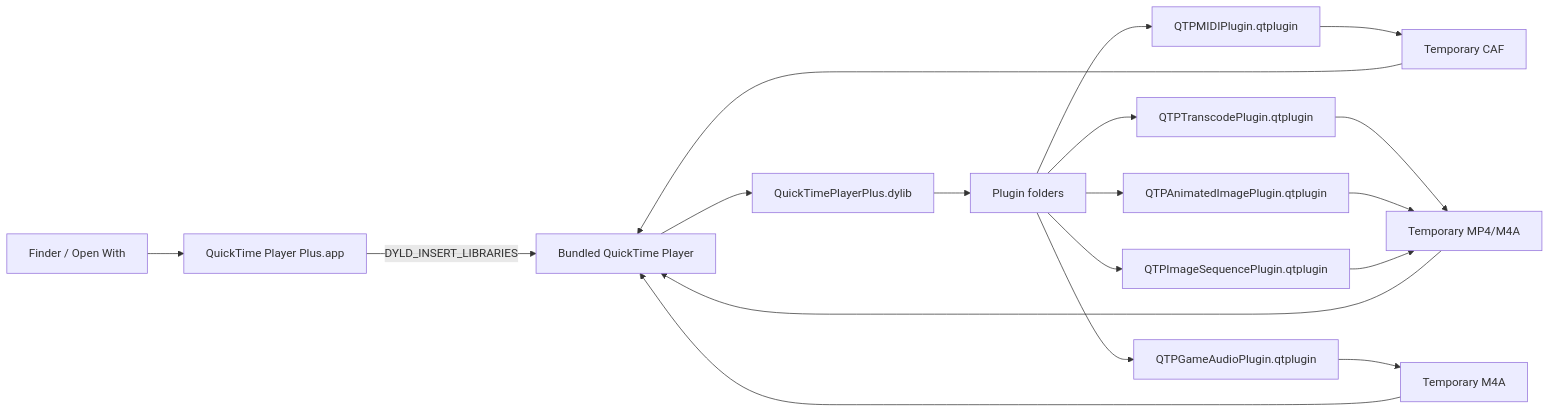
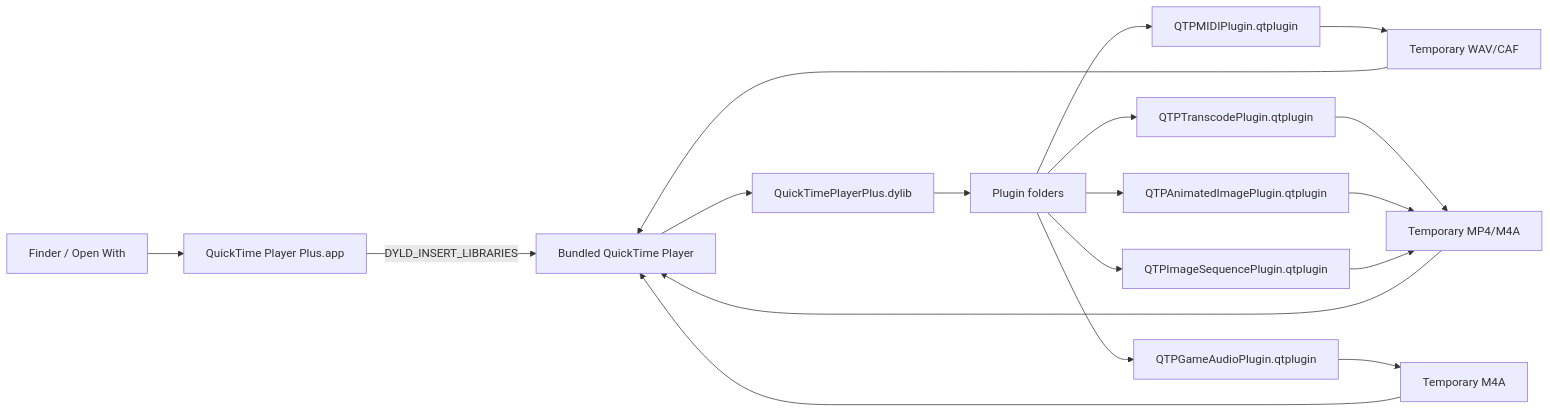
One commit to nisesimadao/QuickTimePlayerPlus changed the first of 2 diagrams in README.md. Above: the diagram before and after it, drawn with Mermaid. The commit also changed other lines of this file and 7 other files, not shown here.

````diff
--- a/README.md
+++ b/README.md
@@ -52,20 +57,20 @@
 ```mermaid
 flowchart LR
   Finder[Finder / Open With] --> Launcher[QuickTime Player Plus.app]
   Launcher -->|DYLD_INSERT_LIBRARIES| QuickTime[Bundled QuickTime Player]
   QuickTime --> Loader[QuickTimePlayerPlus.dylib]
   Loader --> PluginDir[Plugin folders]
   PluginDir --> MIDI[QTPMIDIPlugin.qtplugin]
   PluginDir --> Transcode[QTPTranscodePlugin.qtplugin]
   PluginDir --> Animated[QTPAnimatedImagePlugin.qtplugin]
   PluginDir --> Game[QTPGameAudioPlugin.qtplugin]
   PluginDir --> Sequence[QTPImageSequencePlugin.qtplugin]
-  MIDI --> CAF[Temporary CAF]
+  MIDI --> Audio[Temporary WAV/CAF]
   Transcode --> MP4[Temporary MP4/M4A]
   Animated --> MP4
   Game --> M4A[Temporary M4A]
   Sequence --> MP4
-  CAF --> QuickTime
+  Audio --> QuickTime
   MP4 --> QuickTime
   M4A --> QuickTime
 ```
````
